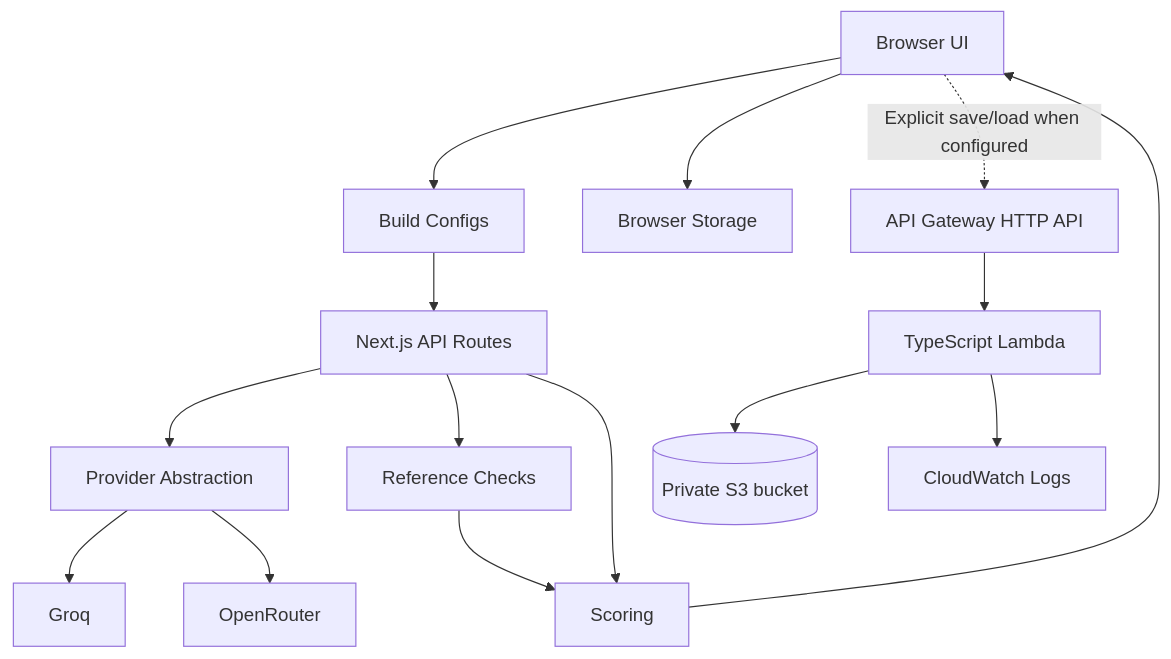
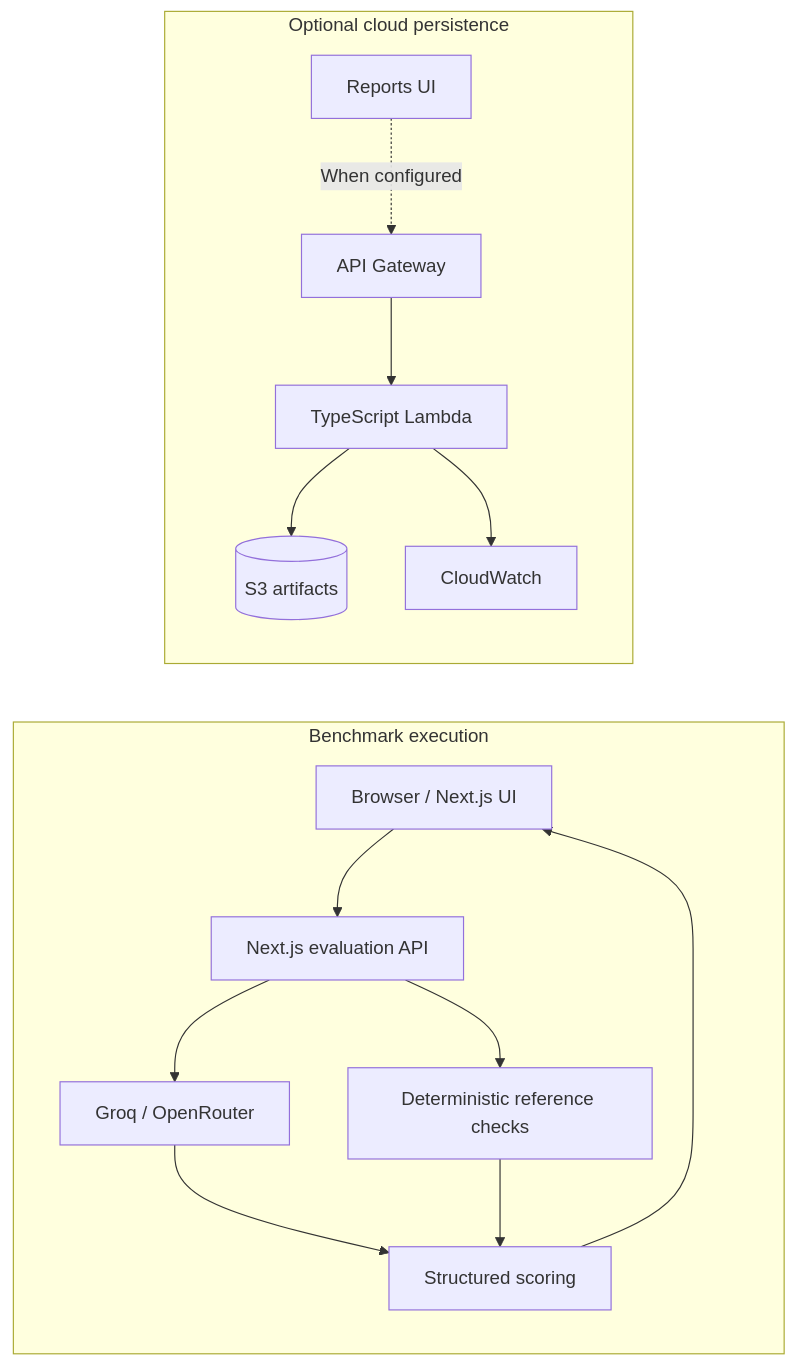
The diagram in README.md (omaewamoushindei/llm-workflow-benchmark-lab), drawn with Mermaid before and after one commit. The commit also changed other lines of this file, not shown here.

````diff
--- a/README.md
+++ b/README.md
@@ -36,17 +81,18 @@
 ```mermaid
-flowchart TD
-  U[Browser UI] --> C[Build Configs]
-  C --> A[Next.js API Routes]
-  A --> P[Provider Abstraction]
-  P --> G[Groq]
-  P --> O[OpenRouter]
-  A --> R[Reference Checks]
-  A --> S[Scoring]
-  R --> S
-  S --> U
-  U --> B[Browser Storage]
-  U -. Explicit save/load when configured .-> AGW[API Gateway HTTP API]
-  AGW --> L[TypeScript Lambda]
-  L --> S3[(Private S3 bucket)]
-  L --> CW[CloudWatch Logs]
+flowchart LR
+  subgraph Benchmark[Benchmark execution]
+    UI[Browser / Next.js UI] --> API[Next.js evaluation API]
+    API --> Providers[Groq / OpenRouter]
+    API --> Reference[Deterministic reference checks]
+    Providers --> Scoring[Structured scoring]
+    Reference --> Scoring
+    Scoring --> UI
+  end
+
+  subgraph Persistence[Optional cloud persistence]
+    Reports[Reports UI] -. When configured .-> Gateway[API Gateway]
+    Gateway --> Lambda[TypeScript Lambda]
+    Lambda --> S3[(S3 artifacts)]
+    Lambda --> Logs[CloudWatch]
+  end
 ```
````
